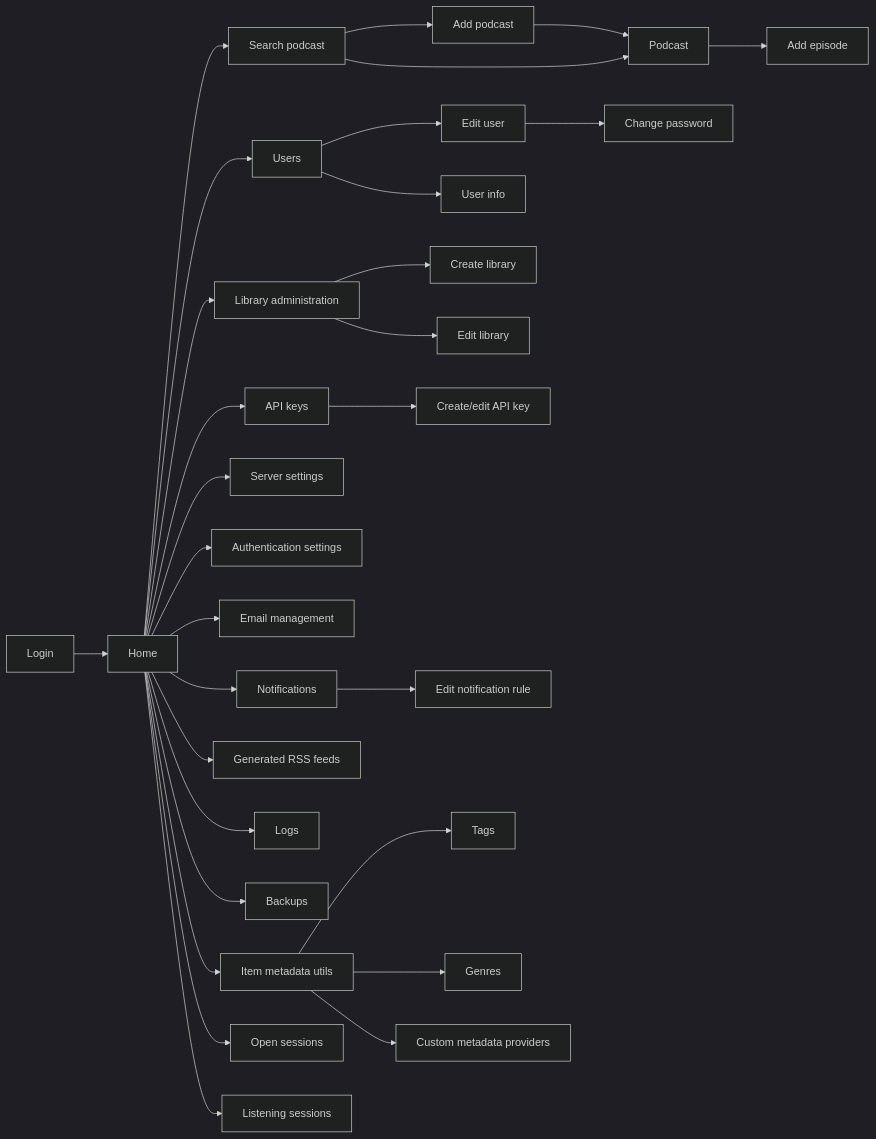
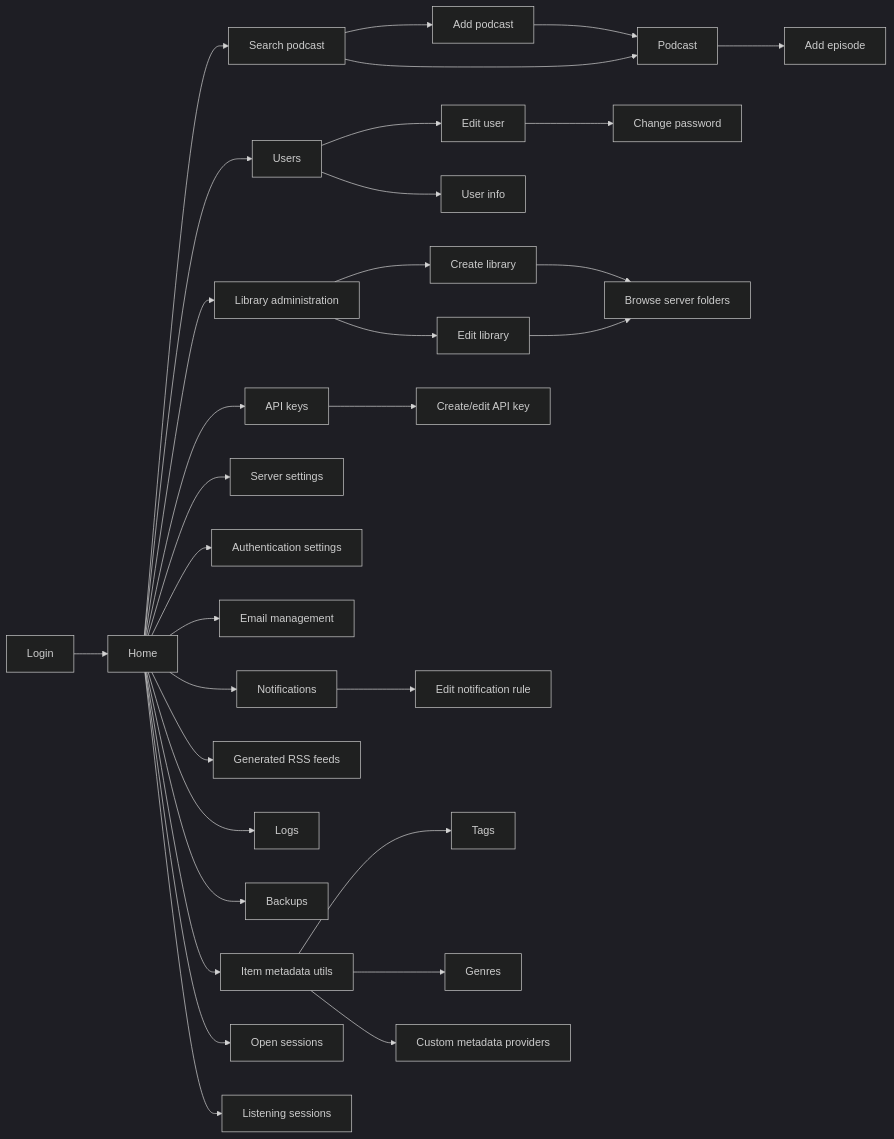
The third of 3 diagrams in docs/DOCS.md (100nandoo/shelfdroid), drawn with Mermaid before and after one commit. The commit also changed other lines of this file and 16 other files, not shown here.

````diff
--- a/docs/DOCS.md
+++ b/docs/DOCS.md
@@ -140,72 +142,76 @@
 ```mermaid
 ---
 config:
   theme: dark
 ---
 flowchart LR
     L["Login"]
     H["Home"]
     Search["Search podcast"]
     AddPodcast["Add podcast"]
     P["Podcast"]
     AddEpisode["Add episode"]
     Users["Users"]
     EditUser["Edit user"]
     UserInfo["User info"]
     ChangePassword["Change password"]
     Libraries["Library administration"]
     CreateLibrary["Create library"]
     EditLibrary["Edit library"]
+    ServerFolders["Browse server folders"]
     ApiKeys["API keys"]
     EditApiKey["Create/edit API key"]
     ServerSettings["Server settings"]
     AuthenticationSettings["Authentication settings"]
     EmailManagement["Email management"]
     Notifications["Notifications"]
     EditNotificationRule["Edit notification rule"]
     RssFeeds["Generated RSS feeds"]
     Logs["Logs"]
     Backups["Backups"]
     MetadataUtils["Item metadata utils"]
     Tags["Tags"]
     Genres["Genres"]
     CustomMetadata["Custom metadata providers"]
     OpenSessions["Open sessions"]
     ListeningSessions["Listening sessions"]
 
     L --> H
     H --> Search
     H --> Users
     H --> Libraries
     H --> ApiKeys
     H --> ServerSettings
     H --> AuthenticationSettings
     H --> EmailManagement
     H --> Notifications
     H --> RssFeeds
     H --> Logs
     H --> Backups
     H --> MetadataUtils
     H --> OpenSessions
     H --> ListeningSessions
 
     Search --> AddPodcast
     Search --> P
     AddPodcast --> P
     P --> AddEpisode
 
+    CreateLibrary --> ServerFolders
+    EditLibrary --> ServerFolders
+
     Users --> EditUser
     Users --> UserInfo
     EditUser --> ChangePassword
 
     Libraries --> CreateLibrary
     Libraries --> EditLibrary
 
     ApiKeys --> EditApiKey
 
     Notifications --> EditNotificationRule
 
     MetadataUtils --> Tags
     MetadataUtils --> Genres
     MetadataUtils --> CustomMetadata
 ```
````
